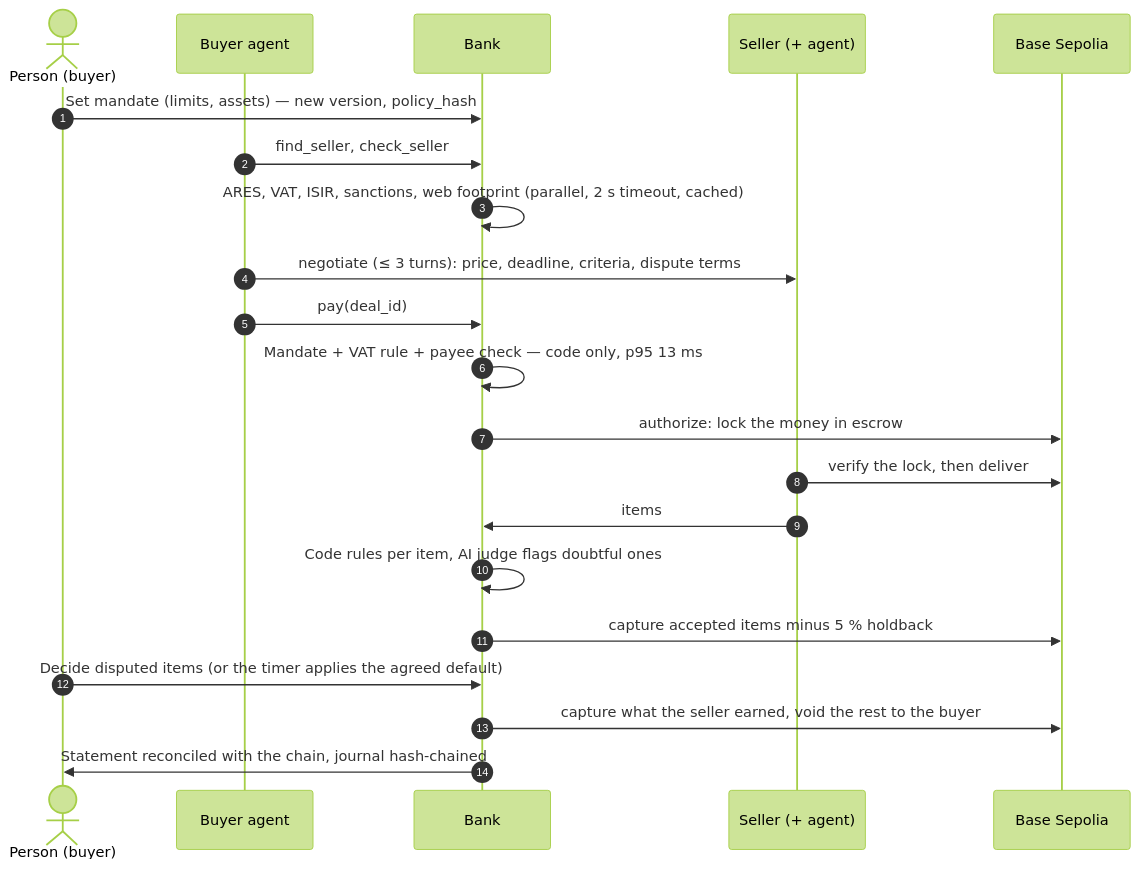
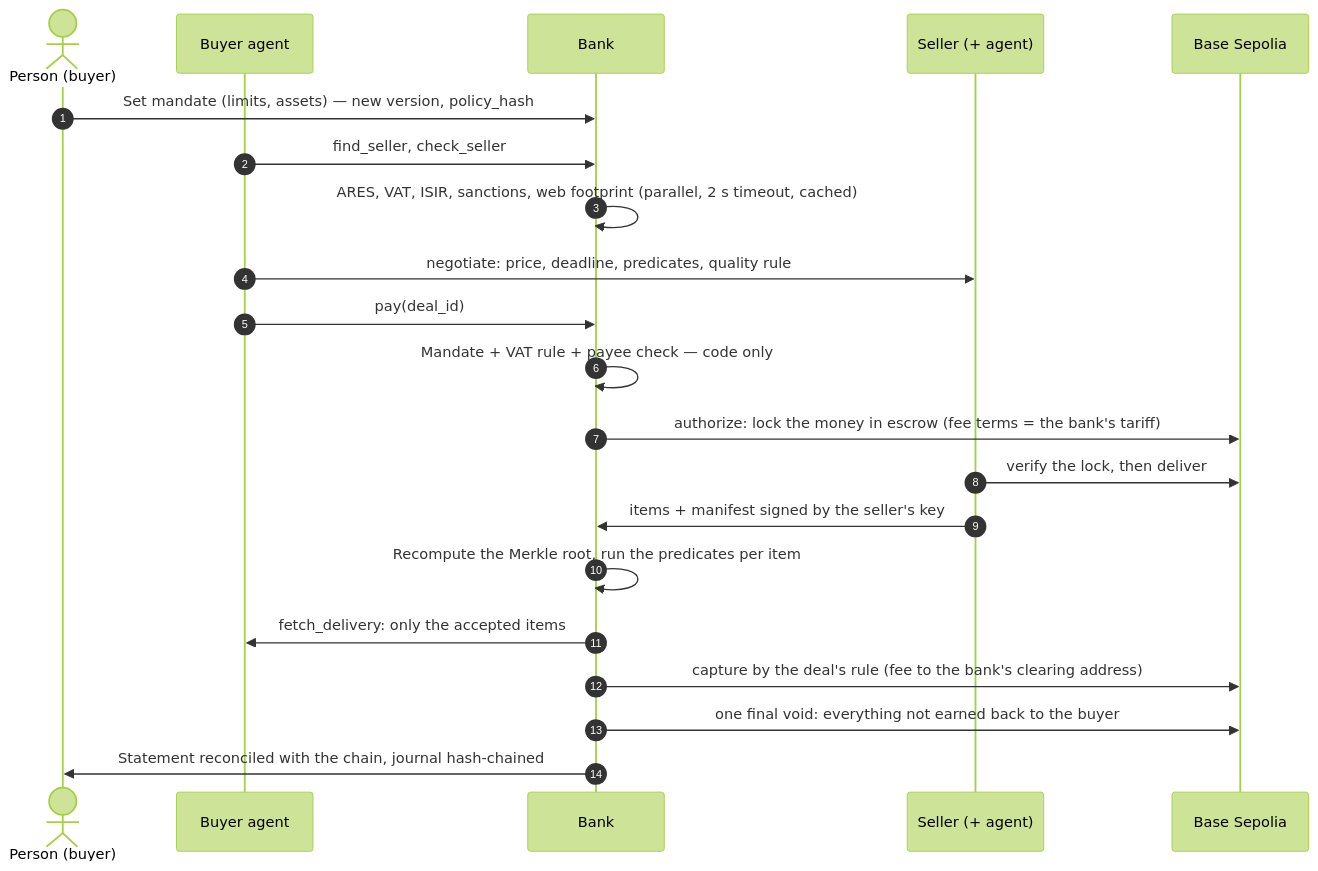
The second of 2 diagrams in README.md (13Belka13/collabse-fintechers), drawn with Mermaid (forest theme) before and after one commit. The commit also changed other lines of this file and 1 other file, not shown here.

````diff
--- a/README.md
+++ b/README.md
@@ -203,24 +226,24 @@
 ```mermaid
 sequenceDiagram
     autonumber
     actor P as Person (buyer)
     participant A as Buyer agent
     participant B as Bank
     participant S as Seller (+ agent)
     participant C as Base Sepolia
 
     P->>B: Set mandate (limits, assets) — new version, policy_hash
     A->>B: find_seller, check_seller
     B->>B: ARES, VAT, ISIR, sanctions, web footprint (parallel, 2 s timeout, cached)
-    A->>S: negotiate (≤ 3 turns): price, deadline, criteria, dispute terms
+    A->>S: negotiate: price, deadline, predicates, quality rule
     A->>B: pay(deal_id)
-    B->>B: Mandate + VAT rule + payee check — code only, p95 13 ms
-    B->>C: authorize: lock the money in escrow
+    B->>B: Mandate + VAT rule + payee check — code only
+    B->>C: authorize: lock the money in escrow (fee terms = the bank's tariff)
     S->>C: verify the lock, then deliver
-    S->>B: items
-    B->>B: Code rules per item, AI judge flags doubtful ones
-    B->>C: capture accepted items minus 5 % holdback
-    P->>B: Decide disputed items (or the timer applies the agreed default)
-    B->>C: capture what the seller earned, void the rest to the buyer
+    S->>B: items + manifest signed by the seller's key
+    B->>B: Recompute the Merkle root, run the predicates per item
+    B->>A: fetch_delivery: only the accepted items
+    B->>C: capture by the deal's rule (fee to the bank's clearing address)
+    B->>C: one final void: everything not earned back to the buyer
     B->>P: Statement reconciled with the chain, journal hash-chained
 ```
````
